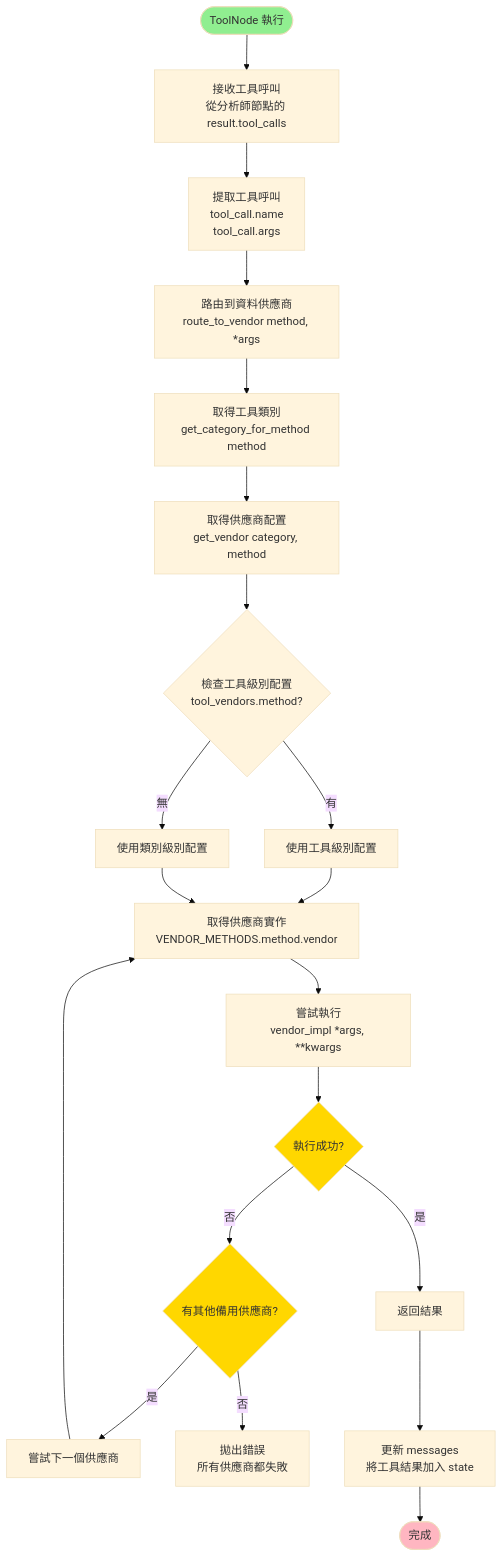
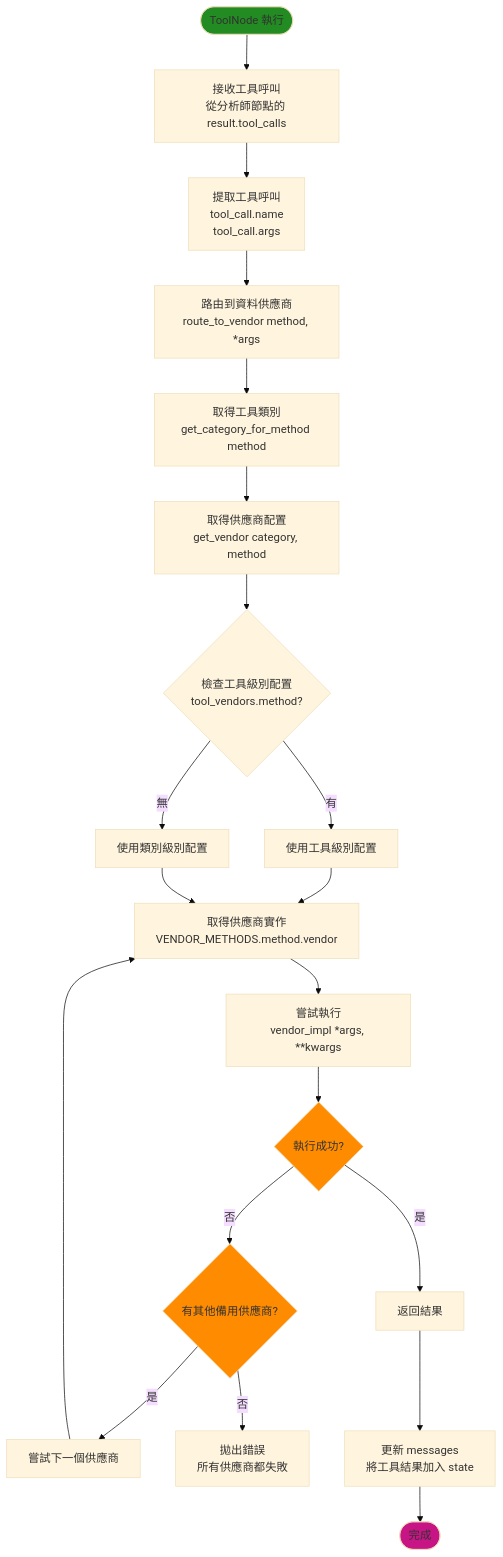
One commit to chitienshih-wq/Git_Test changed the tenth of 19 diagrams in 流程圖.md. Above: the diagram before and after it, drawn with Mermaid (base theme). The commit also changed other lines of this file, not shown here.

````diff
--- a/流程圖.md
+++ b/流程圖.md
@@ -315,39 +315,39 @@
 ```mermaid
 flowchart TD
     Start([ToolNode 執行]) --> ReceiveToolCalls[接收工具呼叫<br/>從分析師節點的 result.tool_calls]
     
     ReceiveToolCalls --> ExtractToolCall[提取工具呼叫<br/>tool_call.name<br/>tool_call.args]
     
     ExtractToolCall --> RouteToVendor[路由到資料供應商<br/>route_to_vendor method, *args]
     
     RouteToVendor --> GetCategory[取得工具類別<br/>get_category_for_method method]
     
     GetCategory --> GetVendor[取得供應商配置<br/>get_vendor category, method]
     
     GetVendor --> CheckToolVendors{檢查工具級別配置<br/>tool_vendors.method?}
     
     CheckToolVendors -->|有| UseToolVendor[使用工具級別配置]
     CheckToolVendors -->|無| UseCategoryVendor[使用類別級別配置]
     
     UseToolVendor --> GetVendorImpl
     UseCategoryVendor --> GetVendorImpl
     
     GetVendorImpl[取得供應商實作<br/>VENDOR_METHODS.method.vendor] --> TryExecute[嘗試執行<br/>vendor_impl *args, **kwargs]
     
     TryExecute --> CheckSuccess{執行成功?}
     
     CheckSuccess -->|是| ReturnResult[返回結果]
     CheckSuccess -->|否| CheckFallback{有其他備用供應商?}
     
     CheckFallback -->|是| TryNextVendor[嘗試下一個供應商]
     TryNextVendor --> GetVendorImpl
     CheckFallback -->|否| RaiseError[拋出錯誤<br/>所有供應商都失敗]
     
     ReturnResult --> UpdateMessages[更新 messages<br/>將工具結果加入 state]
     UpdateMessages --> End([完成])
     
-    style Start fill:#90EE90
-    style End fill:#FFB6C1
-    style CheckSuccess fill:#FFD700
-    style CheckFallback fill:#FFD700
+    style Start fill:#228B22
+    style End fill:#C71585
+    style CheckSuccess fill:#FF8C00
+    style CheckFallback fill:#FF8C00
 ```
````
